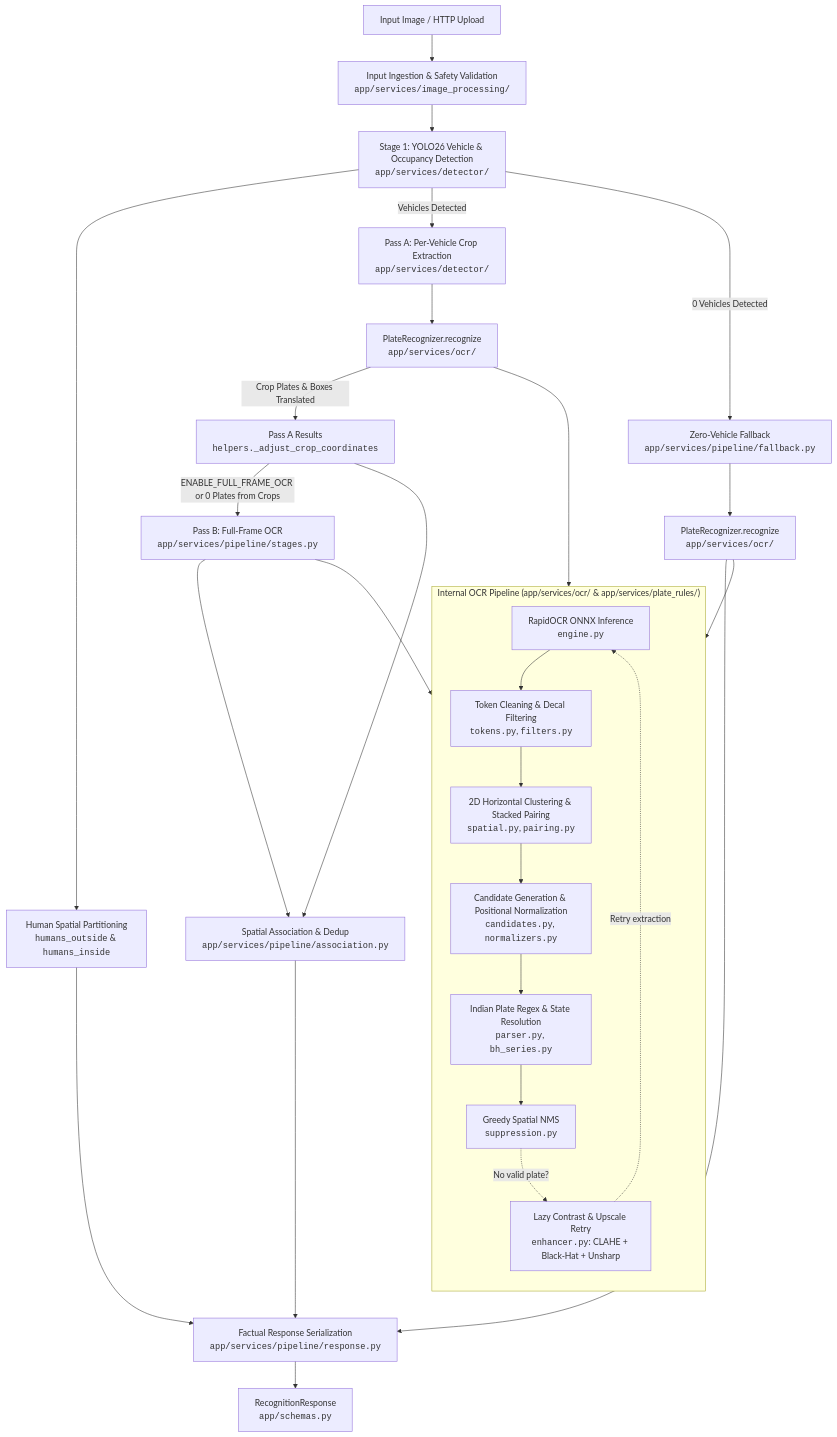
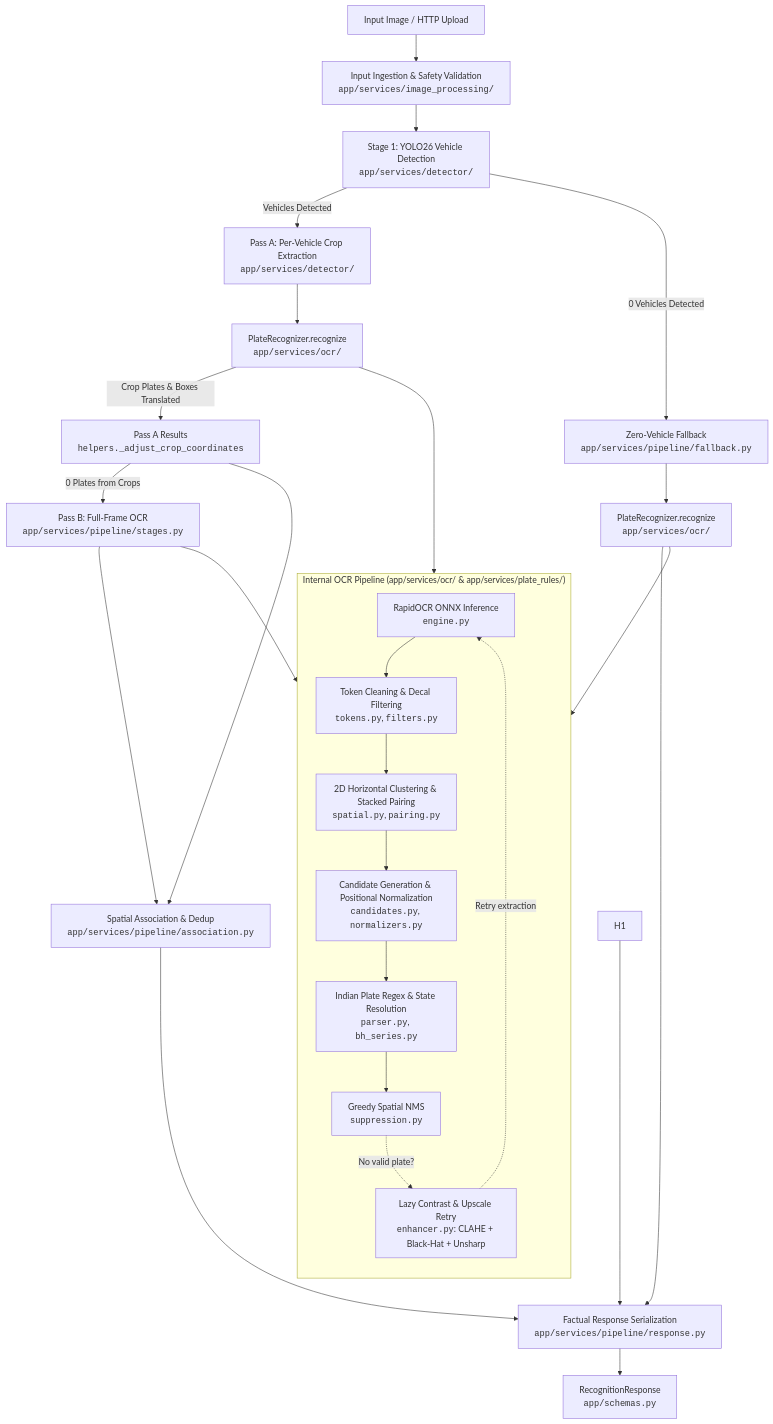
One commit to gluvok/argus changed the diagram in docs/ARCHITECTURE.md. Above: the diagram before and after it, drawn with Mermaid. The commit also changed other lines of this file and 15 other files, not shown here.

Commit message:
remove human occupancy detection and related configuration options

````diff
--- a/docs/ARCHITECTURE.md
+++ b/docs/ARCHITECTURE.md
@@ -11,40 +11,38 @@
 ```mermaid
 flowchart TD
     A[Input Image / HTTP Upload] --> B[Input Ingestion & Safety Validation<br/><code>app/services/image_processing/</code>]
-    B --> C[Stage 1: YOLO26 Vehicle & Occupancy Detection<br/><code>app/services/detector/</code>]
-    
-    C --> H1[Human Spatial Partitioning<br/><code>humans_outside</code> & <code>humans_inside</code>]
+    B --> C[Stage 1: YOLO26 Vehicle Detection<br/><code>app/services/detector/</code>]
     
     C -- Vehicles Detected --> D[Pass A: Per-Vehicle Crop Extraction<br/><code>app/services/detector/</code>]
     D --> OCR_A[PlateRecognizer.recognize<br/><code>app/services/ocr/</code>]
     
     C -- 0 Vehicles Detected --> FB[Zero-Vehicle Fallback<br/><code>app/services/pipeline/fallback.py</code>]
     FB --> OCR_FB[PlateRecognizer.recognize<br/><code>app/services/ocr/</code>]
     
     subgraph OCR_PIPELINE ["Internal OCR Pipeline (app/services/ocr/ & app/services/plate_rules/)"]
         direction TB
         O1[RapidOCR ONNX Inference<br/><code>engine.py</code>] --> O2[Token Cleaning & Decal Filtering<br/><code>tokens.py</code>, <code>filters.py</code>]
         O2 --> O3[2D Horizontal Clustering & Stacked Pairing<br/><code>spatial.py</code>, <code>pairing.py</code>]
         O3 --> O4[Candidate Generation & Positional Normalization<br/><code>candidates.py</code>, <code>normalizers.py</code>]
         O4 --> O5[Indian Plate Regex & State Resolution<br/><code>parser.py</code>, <code>bh_series.py</code>]
         O5 --> O6[Greedy Spatial NMS<br/><code>suppression.py</code>]
         O6 -. No valid plate? .-> O7[Lazy Contrast & Upscale Retry<br/><code>enhancer.py</code>: CLAHE + Black-Hat + Unsharp]
         O7 -. Retry extraction .-> O1
     end
     
     OCR_A --> OCR_PIPELINE
     OCR_FB --> OCR_PIPELINE
     
     OCR_A -- Crop Plates & Boxes Translated --> P_A[Pass A Results<br/><code>helpers._adjust_crop_coordinates</code>]
     
-    P_A -- ENABLE_FULL_FRAME_OCR or 0 Plates from Crops --> FF[Pass B: Full-Frame OCR<br/><code>app/services/pipeline/stages.py</code>]
+    P_A -- 0 Plates from Crops --> FF[Pass B: Full-Frame OCR<br/><code>app/services/pipeline/stages.py</code>]
     FF --> OCR_PIPELINE
     
     P_A --> ASSOC[Spatial Association & Dedup<br/><code>app/services/pipeline/association.py</code>]
     FF --> ASSOC
     
     ASSOC --> RESP[Factual Response Serialization<br/><code>app/services/pipeline/response.py</code>]
     OCR_FB --> RESP
     H1 --> RESP
     RESP --> OUT[RecognitionResponse<br/><code>app/schemas.py</code>]
 ```
````
